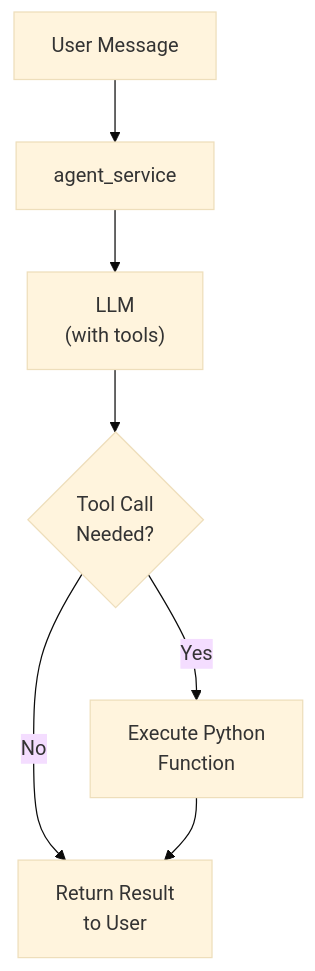
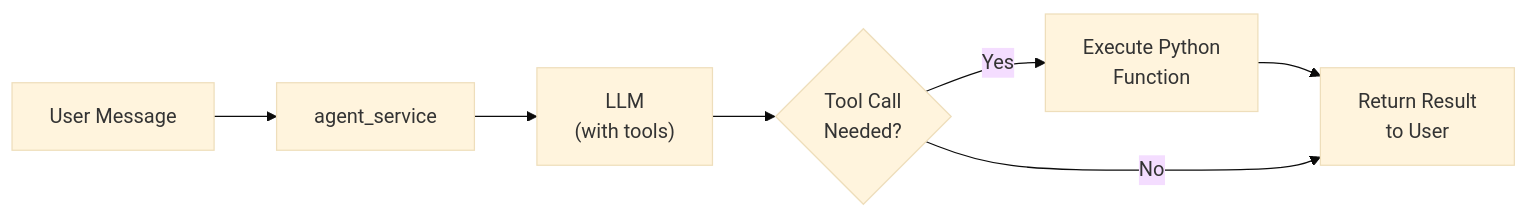
One commit to charanp2006/demo-voice-agent changed the third of 6 diagrams in Readme.md. Above: the diagram before and after it, drawn with Mermaid (base theme). The commit also changed other lines of this file and 3 other files, not shown here.

````diff
--- a/Readme.md
+++ b/Readme.md
@@ -52,16 +98,13 @@
 ```mermaid
-graph TD
+graph LR
     A["User Message"]
     B["agent_service"]
     C["LLM<br/>(with tools)"]
     D{"Tool Call<br/>Needed?"}
     E["Execute Python<br/>Function"]
     F["Return Result<br/>to User"]
     
-    A --> B
-    B --> C
-    C --> D
-    D -->|Yes| E
+    A --> B --> C --> D
+    D -->|Yes| E --> F
     D -->|No| F
-    E --> F
 ```
````
